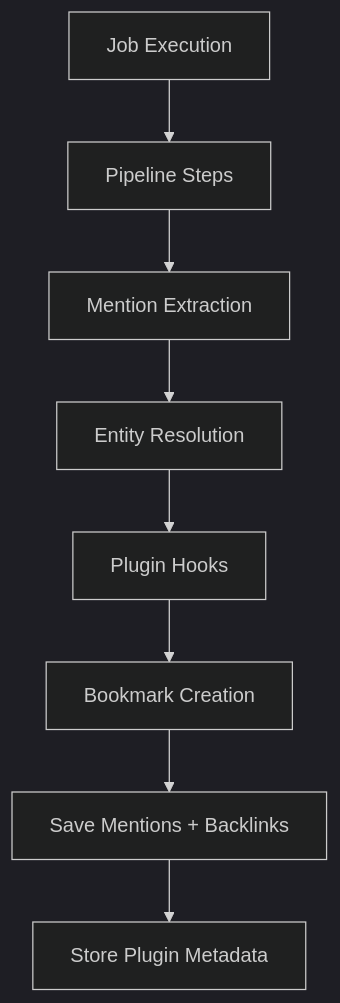
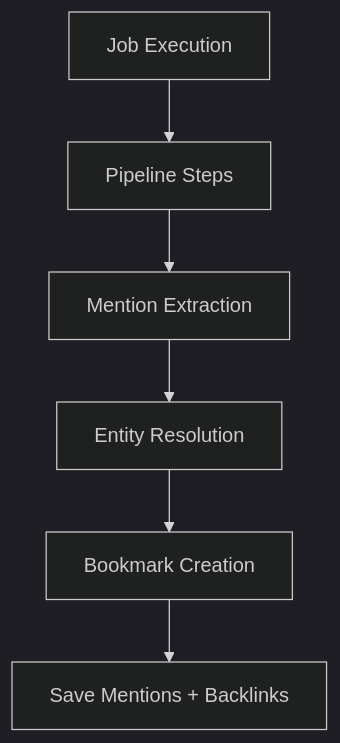
The diagram in docs/dpkms/storage.md (ContextHelp/ContextHelp), drawn with Mermaid (dark theme) before and after one commit. The commit also changed other lines of this file and 152 other files, not shown here.

````diff
--- a/docs/dpkms/storage.md
+++ b/docs/dpkms/storage.md
@@ -403,11 +272,9 @@
 ```mermaid
 flowchart TD
 
 A[Job Execution] --> B[Pipeline Steps]
 B --> C[Mention Extraction]
 C --> D[Entity Resolution]
-D --> E[Plugin Hooks]
-E --> F[Bookmark Creation]
+D --> F[Bookmark Creation]
 F --> G[Save Mentions + Backlinks]
-G --> H[Store Plugin Metadata]
 ```
````
